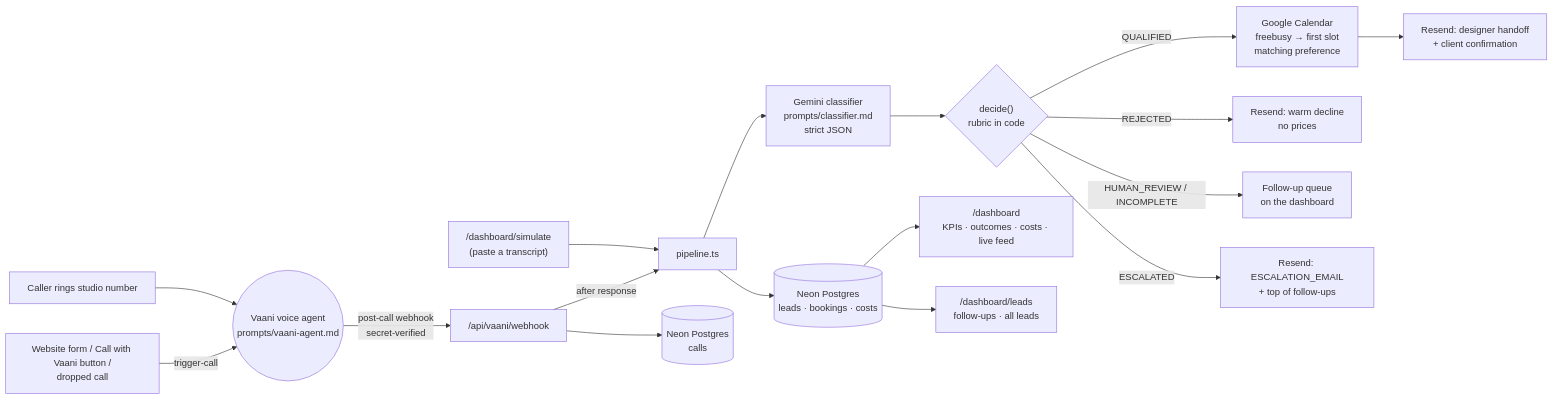
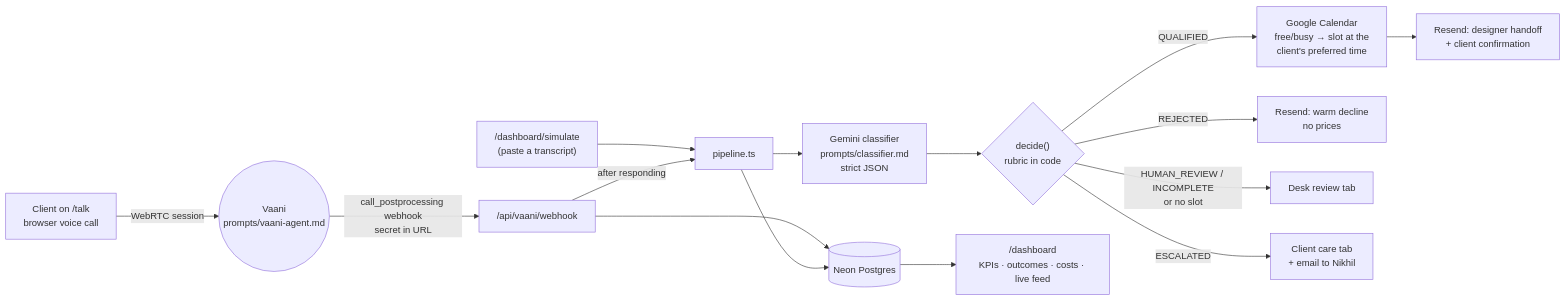
Before and after one commit to rajshreemohta-sys/aangan-studio: the diagram in README.md, drawn with Mermaid. The commit also changed other lines of this file, not shown here.

````diff
--- a/README.md
+++ b/README.md
@@ -15,21 +44,19 @@
 ```mermaid
 flowchart LR
-    A[Caller rings studio number] --> V((Vaani voice agent<br/>prompts/vaani-agent.md))
-    F[Website form / Call with Vaani button /<br/>dropped call] -->|trigger-call| V
-    V -->|post-call webhook<br/>secret-verified| W["/api/vaani/webhook"]
+    C[Client on /talk<br/>browser voice call] -->|WebRTC session| V((Vaani<br/>prompts/vaani-agent.md))
+    V -->|call_postprocessing webhook<br/>secret in URL| W["/api/vaani/webhook"]
     S["/dashboard/simulate<br/>(paste a transcript)"] --> PL
 
-    W --> DB[(Neon Postgres<br/>calls)]
-    W -->|after response| PL[pipeline.ts]
+    W --> DB[(Neon Postgres)]
+    W -->|after responding| PL[pipeline.ts]
     PL --> G[Gemini classifier<br/>prompts/classifier.md<br/>strict JSON]
     G --> D{"decide()<br/>rubric in code"}
 
-    D -->|QUALIFIED| CAL[Google Calendar<br/>freebusy → first slot<br/>matching preference] --> E1[Resend: designer handoff<br/>+ client confirmation]
+    D -->|QUALIFIED| CAL[Google Calendar<br/>free/busy → slot at the<br/>client's preferred time] --> E1[Resend: designer handoff<br/>+ client confirmation]
     D -->|REJECTED| E2[Resend: warm decline<br/>no prices]
-    D -->|HUMAN_REVIEW / INCOMPLETE| FU[Follow-up queue<br/>on the dashboard]
-    D -->|ESCALATED| E3[Resend: ESCALATION_EMAIL<br/>+ top of follow-ups]
+    D -->|HUMAN_REVIEW / INCOMPLETE<br/>or no slot| DR[Desk review tab]
+    D -->|ESCALATED| CC[Client care tab<br/>+ email to Nikhil]
 
-    PL --> DB2[(Neon Postgres<br/>leads · bookings · costs)]
-    DB2 --> DASH["/dashboard<br/>KPIs · outcomes · costs · live feed"]
-    DB2 --> LEADS["/dashboard/leads<br/>follow-ups · all leads"]
+    PL --> DB
+    DB --> DASH["/dashboard<br/>KPIs · outcomes · costs · live feed"]
 ```
````
